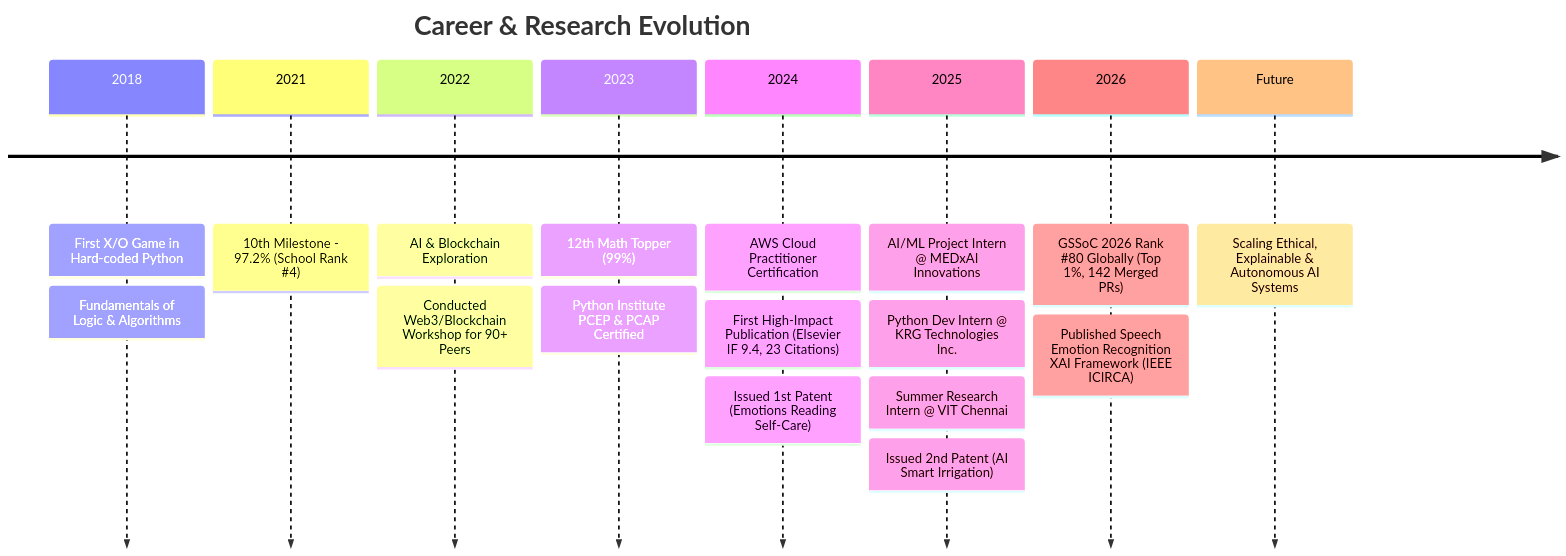
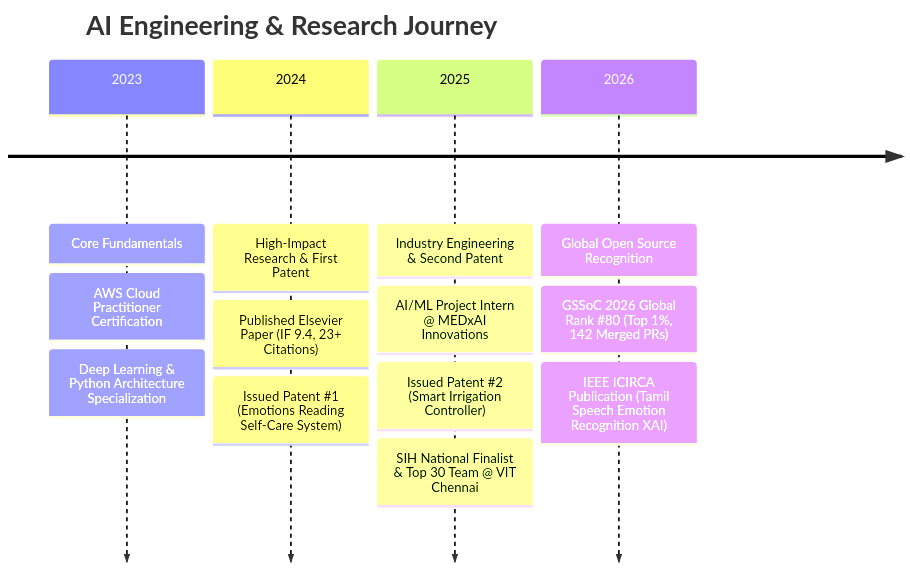
Before and after one commit to GOKULRAM-K/GOKULRAM-K: the diagram in README.md, drawn with Mermaid. The commit also changed other lines of this file, not shown here.

````diff
--- a/README.md
+++ b/README.md
@@ -105,21 +274,17 @@
 ```mermaid
 timeline
-    title Career & Research Evolution
-    2018 : First X/O Game in Hard-coded Python
-         : Fundamentals of Logic & Algorithms
-    2021 : 10th Milestone - 97.2% (School Rank #4)
-    2022 : AI & Blockchain Exploration
-         : Conducted Web3/Blockchain Workshop for 90+ Peers
-    2023 : 12th Math Topper (99%)
-         : Python Institute PCEP & PCAP Certified
-    2024 : AWS Cloud Practitioner Certification
-         : First High-Impact Publication (Elsevier IF 9.4, 23 Citations)
-         : Issued 1st Patent (Emotions Reading Self-Care)
-    2025 : AI/ML Project Intern @ MEDxAI Innovations
-         : Python Dev Intern @ KRG Technologies Inc.
-         : Summer Research Intern @ VIT Chennai
-         : Issued 2nd Patent (AI Smart Irrigation)
-    2026 : GSSoC 2026 Rank #80 Globally (Top 1%, 142 Merged PRs)
-         : Published Speech Emotion Recognition XAI Framework (IEEE ICIRCA)
-    Future : Scaling Ethical, Explainable & Autonomous AI Systems
+    title AI Engineering & Research Journey
+    2023 : Core Fundamentals
+         : AWS Cloud Practitioner Certification
+         : Deep Learning & Python Architecture Specialization
+    2024 : High-Impact Research & First Patent
+         : Published Elsevier Paper (IF 9.4, 23+ Citations)
+         : Issued Patent #1 (Emotions Reading Self-Care System)
+    2025 : Industry Engineering & Second Patent
+         : AI/ML Project Intern @ MEDxAI Innovations
+         : Issued Patent #2 (Smart Irrigation Controller)
+         : SIH National Finalist & Top 30 Team @ VIT Chennai
+    2026 : Global Open Source Recognition
+         : GSSoC 2026 Global Rank #80 (Top 1%, 142 Merged PRs)
+         : IEEE ICIRCA Publication (Tamil Speech Emotion Recognition XAI)
 ```
````
